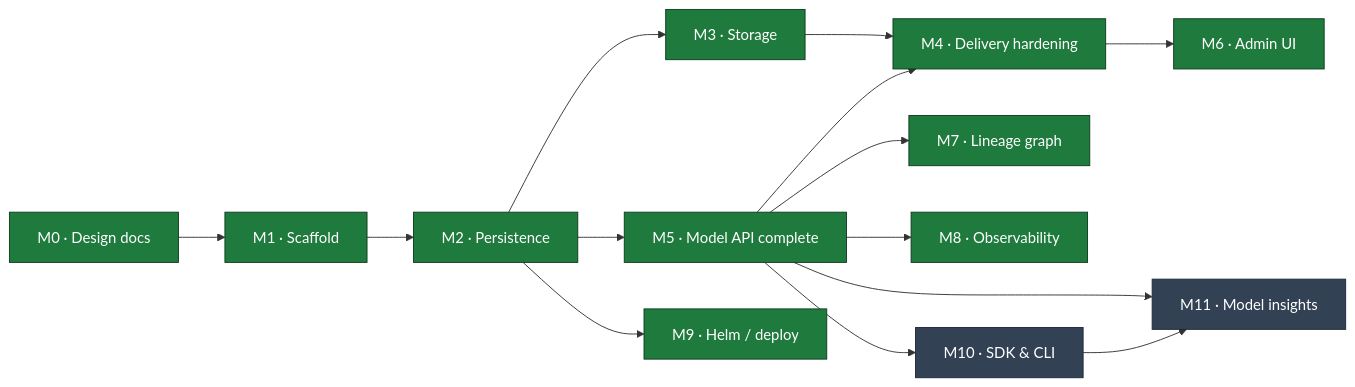
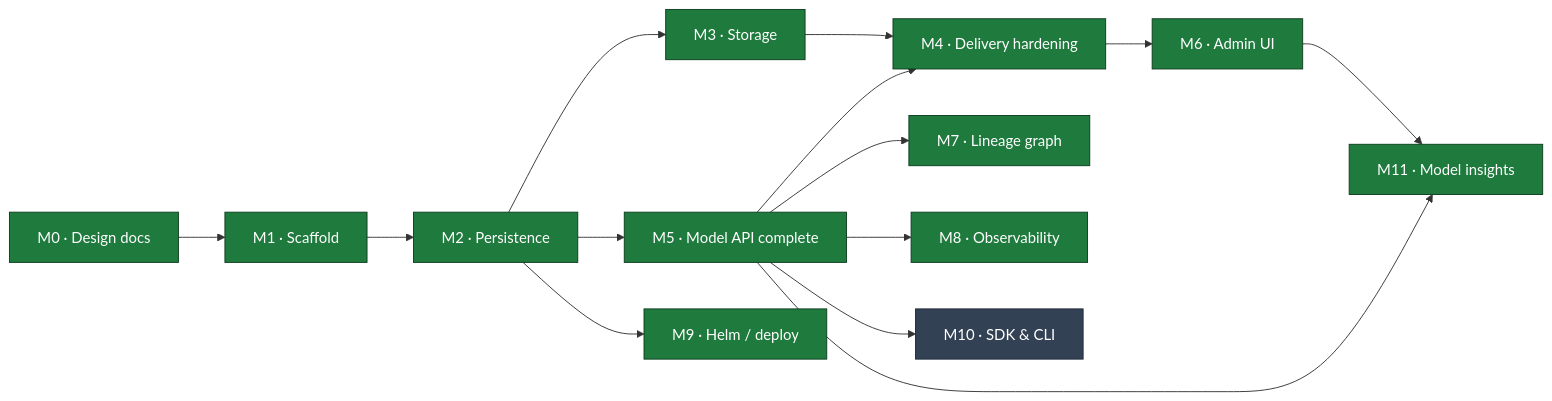
The diagram in MILESTONES.md (proseria-research/lineage), drawn with Mermaid before and after one commit. The commit also changed other lines of this file and 11 other files, not shown here.

````diff
--- a/MILESTONES.md
+++ b/MILESTONES.md
@@ -11,22 +11,22 @@
 ```mermaid
 flowchart LR
     M0["M0 · Design docs"] --> M1["M1 · Scaffold"]
     M1 --> M2["M2 · Persistence"]
     M2 --> M3["M3 · Storage"]
     M2 --> M5["M5 · Model API complete"]
     M3 --> M4["M4 · Delivery hardening"]
     M5 --> M4
     M5 --> M7["M7 · Lineage graph"]
     M4 --> M6["M6 · Admin UI"]
     M5 --> M8["M8 · Observability"]
     M2 --> M9["M9 · Helm / deploy"]
     M5 --> M10["M10 · SDK & CLI"]
     M5 --> M11["M11 · Model insights"]
-    M10 --> M11
+    M6 --> M11
 
     classDef done fill:#1f7a3d,stroke:#0d3d1e,color:#fff;
     classDef active fill:#b45309,stroke:#7c3a06,color:#fff;
     classDef todo fill:#334155,stroke:#1e293b,color:#fff;
-    class M0,M1,M2,M3,M4,M5,M6,M7,M8,M9 done;
-    class M10,M11 todo;
+    class M0,M1,M2,M3,M4,M5,M6,M7,M8,M9,M11 done;
+    class M10 todo;
 ```
````
